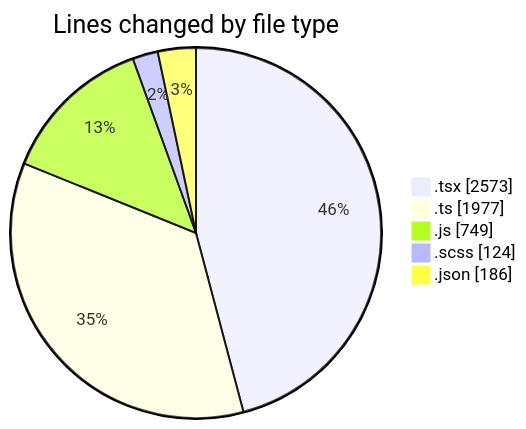
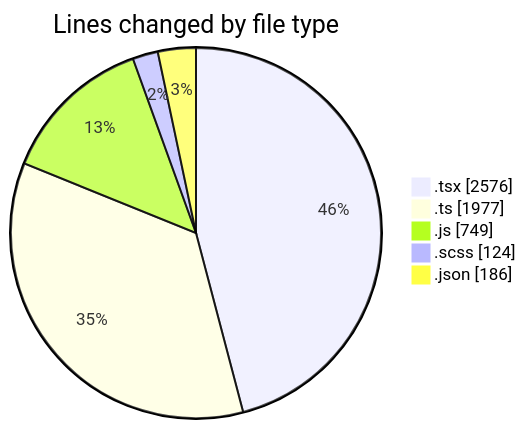
Before and after one commit to momahboobian/code-tracking: the first of 2 diagrams in 2026-06-11/cda/README.md, drawn with Mermaid. The commit also changed other lines of this file and 1 other file, not shown here.

````diff
--- a/2026-06-11/cda/README.md
+++ b/2026-06-11/cda/README.md
@@ -54,9 +54,9 @@
 ```mermaid
 pie showData
 title Lines changed by file type
-".tsx" : 2573
+".tsx" : 2576
 ".ts" : 1977
 ".js" : 749
 ".scss" : 124
 ".json" : 186
 ```
````
